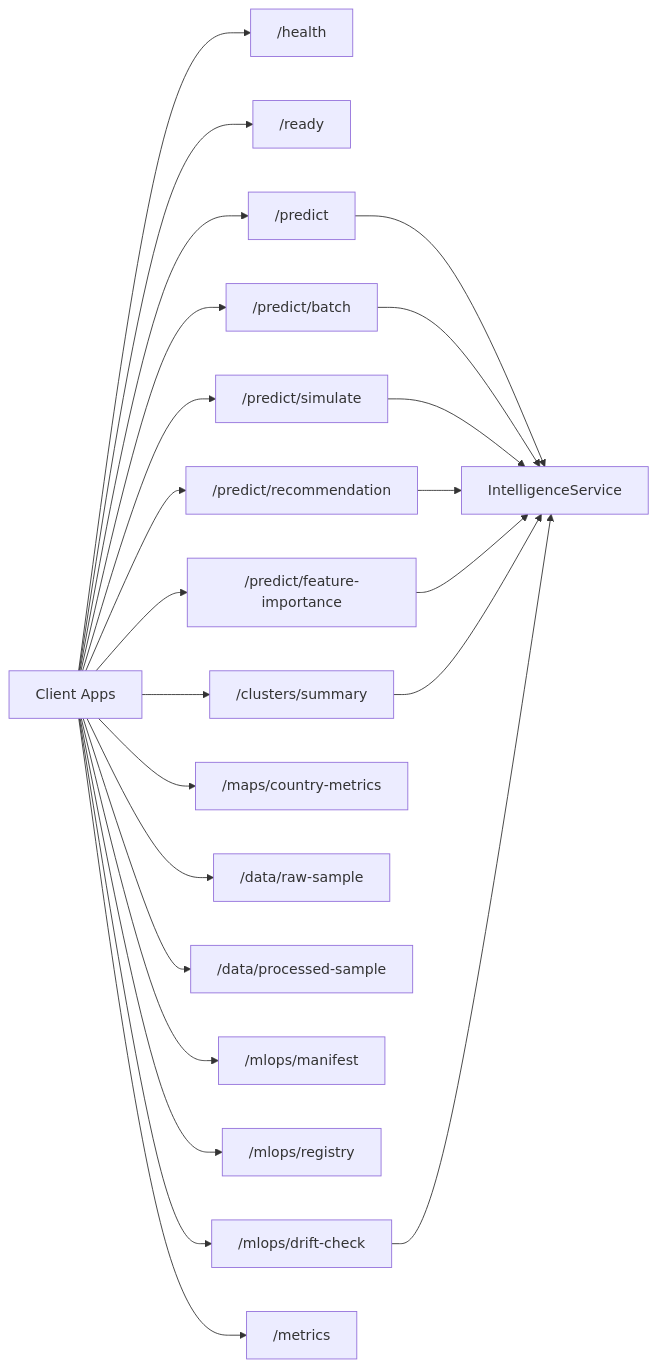
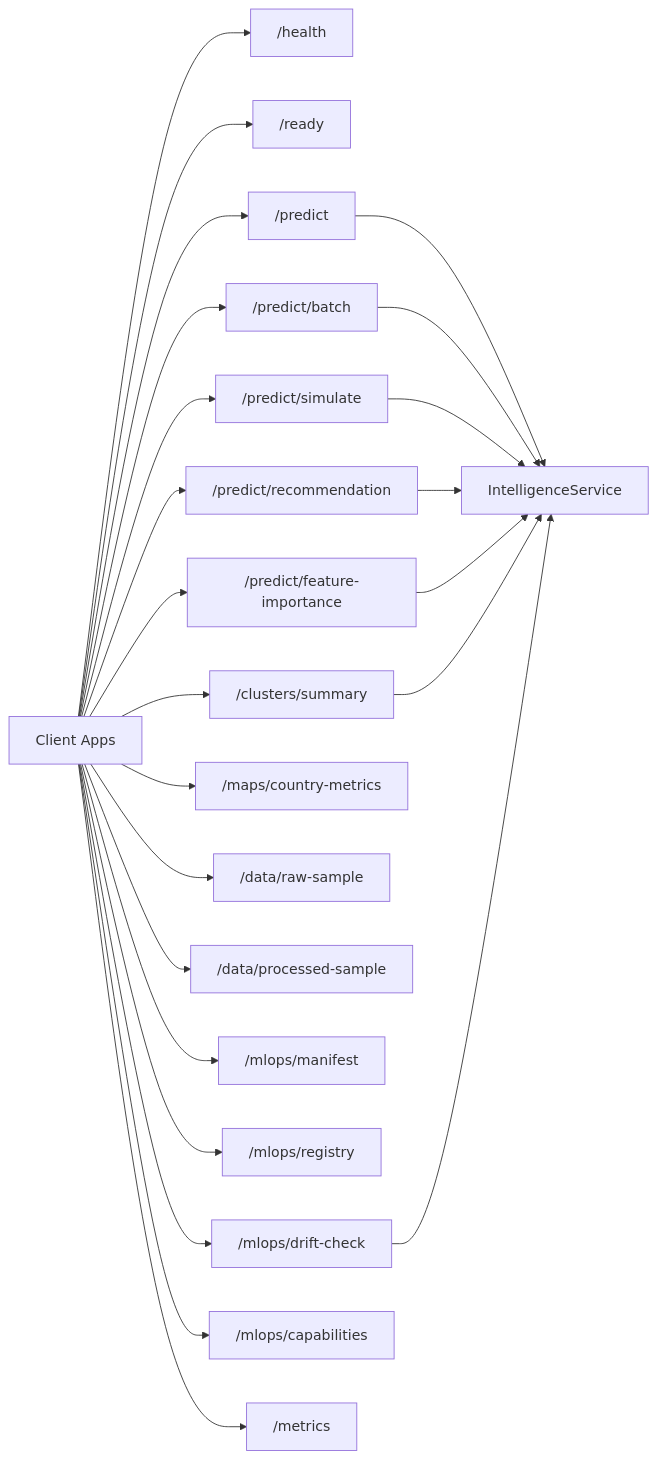
The ninth of 27 diagrams in ARCHITECTURE.md (hoangsonww/YouTube-Success-Prediction-ML), drawn with Mermaid before and after one commit. The commit also changed other lines of this file and 109 other files, not shown here.

````diff
--- a/ARCHITECTURE.md
+++ b/ARCHITECTURE.md
@@ -663,29 +721,30 @@
 ```mermaid
 flowchart LR
     Client[Client Apps] --> H["/health"]
     Client --> R["/ready"]
 
     Client --> P["/predict"]
     Client --> PB["/predict/batch"]
     Client --> PS["/predict/simulate"]
     Client --> PR["/predict/recommendation"]
     Client --> FI["/predict/feature-importance"]
 
     Client --> CS["/clusters/summary"]
     Client --> CM["/maps/country-metrics"]
     Client --> RS["/data/raw-sample"]
     Client --> PSM["/data/processed-sample"]
 
     Client --> MF["/mlops/manifest"]
     Client --> MR["/mlops/registry"]
     Client --> DC["/mlops/drift-check"]
+    Client --> CAP["/mlops/capabilities"]
     Client --> MT["/metrics"]
 
     P --> SVC[IntelligenceService]
     PB --> SVC
     PS --> SVC
     PR --> SVC
     FI --> SVC
     CS --> SVC
     DC --> SVC
 ```
````
